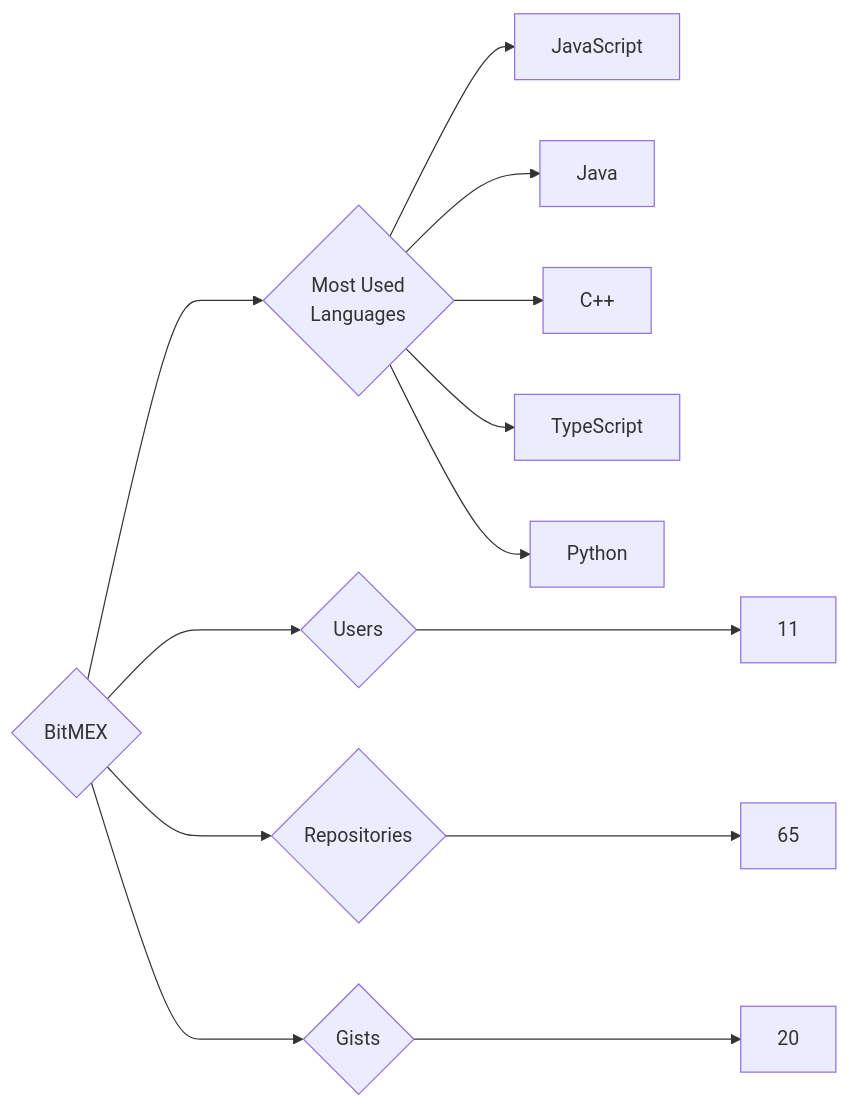
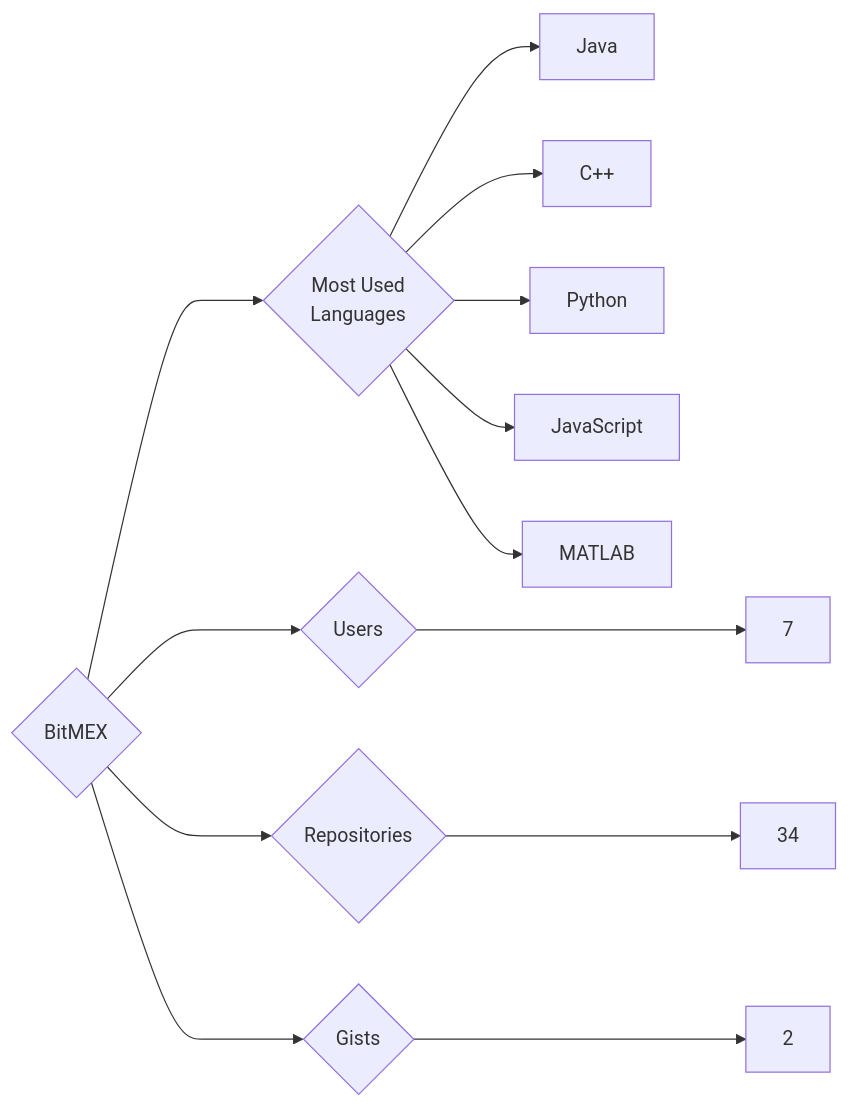
One commit to trickest/insiders changed the diagram in targets/BitMEX/README.md. Above: the diagram before and after it, drawn with Mermaid. The commit also changed 988 other files, not shown here.

````diff
--- a/targets/BitMEX/README.md
+++ b/targets/BitMEX/README.md
@@ -3,13 +3,13 @@
 ```mermaid
 graph LR
 COMPANY_NAME{BitMEX}
-COMPANY_NAME ---> U{Users} ---> UN[11]
-COMPANY_NAME ---> R{Repositories} ---> RN[65]
-COMPANY_NAME ---> G{Gists} ---> GN[20]
+COMPANY_NAME ---> U{Users} ---> UN[7]
+COMPANY_NAME ---> R{Repositories} ---> RN[34]
+COMPANY_NAME ---> G{Gists} ---> GN[2]
 COMPANY_NAME ---> ML{Most Used<br>Languages}
-ML --> JavaScript[JavaScript]
 ML --> Java[Java]
 ML --> C++[C++]
-ML --> TypeScript[TypeScript]
 ML --> Python[Python]
+ML --> JavaScript[JavaScript]
+ML --> MATLAB[MATLAB]
 ```
````
